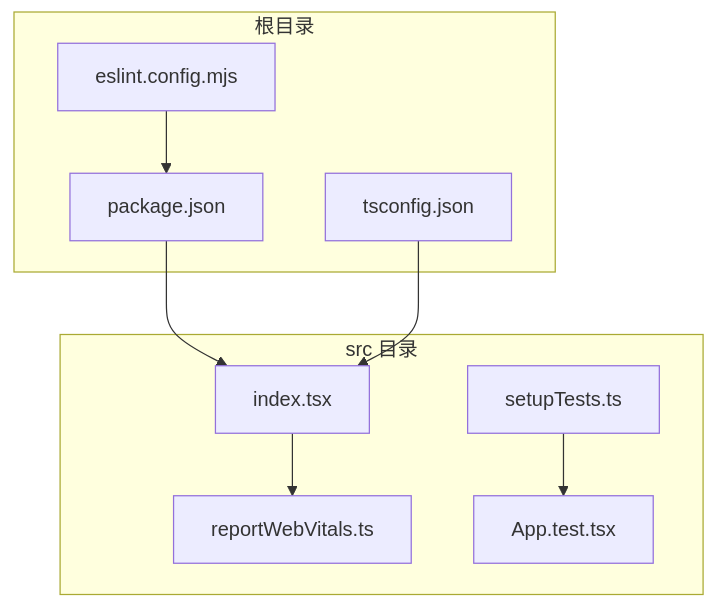
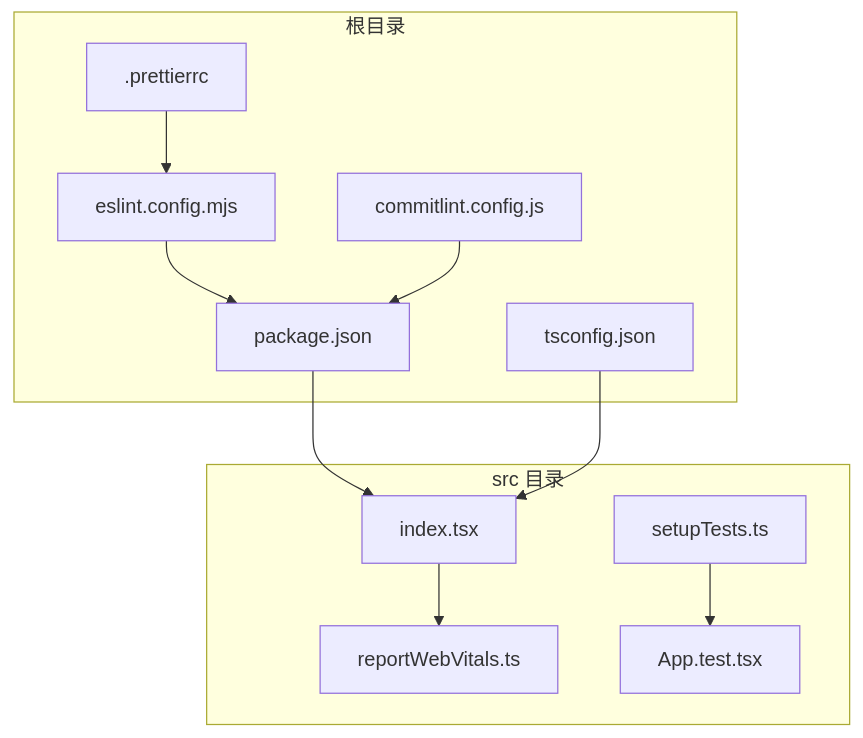
One commit to kkxxll/reactNext changed the first of 11 diagrams in .qoder/repowiki/zh/content/开发工具链/开发工具链.md. Above: the diagram before and after it, drawn with Mermaid. The commit also changed other lines of this file and 7 other files, not shown here.

````diff
--- a/.qoder/repowiki/zh/content/开发工具链/开发工具链.md
+++ b/.qoder/repowiki/zh/content/开发工具链/开发工具链.md
@@ -43,19 +57,23 @@
 ```mermaid
 graph TB
 subgraph "根目录"
 pkg["package.json"]
 eslintrc["eslint.config.mjs"]
 tsconf["tsconfig.json"]
+prettier[".prettierrc"]
+commitlint["commitlint.config.js"]
 end
 subgraph "src 目录"
 idx["index.tsx"]
 vitals["reportWebVitals.ts"]
 setup["setupTests.ts"]
 appTest["App.test.tsx"]
 end
 pkg --> idx
 eslintrc --> pkg
 tsconf --> idx
+prettier --> eslintrc
+commitlint --> pkg
 idx --> vitals
 setup --> appTest
 ```
````
